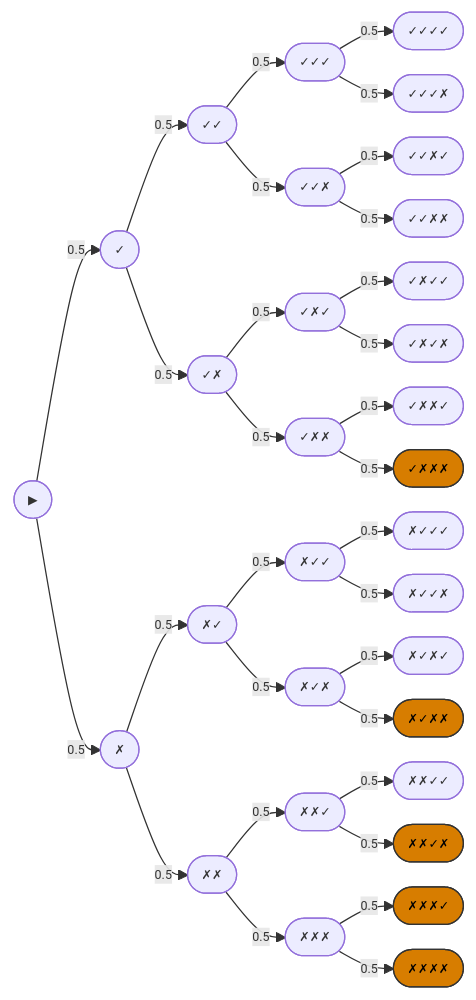
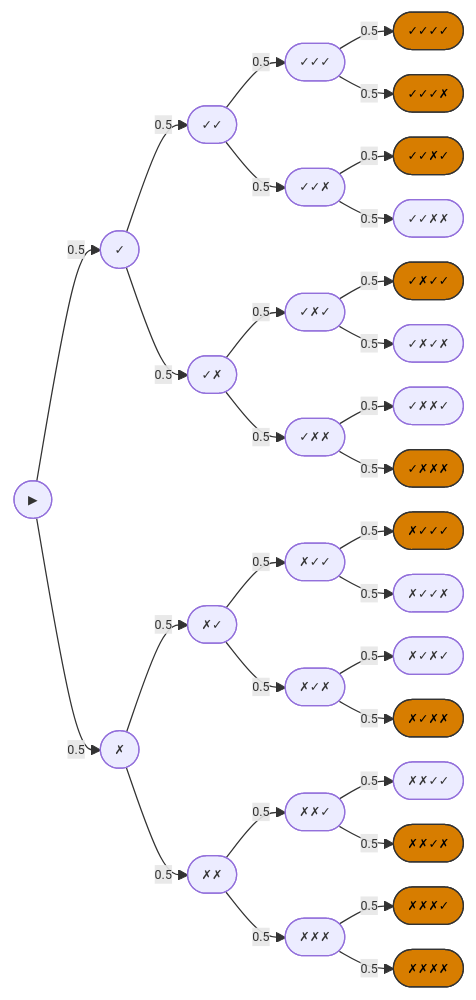
Before and after one commit to sammerk/CheatSheet: the diagram in Inferenzstatistik.qmd, drawn with Mermaid. The commit also changed other lines of this file and 19 other files, not shown here.

````diff
--- a/Inferenzstatistik.qmd
+++ b/Inferenzstatistik.qmd
@@ -78,55 +78,55 @@
 ```{mermaid}
 %%{init: {
   "flowchart": {
     "nodeSpacing": 20,
     "rankSpacing": 25
   },
   "themeVariables": {
     "fontSize": "10px"
   }
 }}%%
 
 flowchart LR
   A([▶])
 
   A -->|0.5| B([✓])
   A -->|0.5| C([✗])
 
   B -->|0.5| D([✓✓])
   B -->|0.5| E([✓✗])
   C -->|0.5| F([✗✓])
   C -->|0.5| G([✗✗])
 
   D -->|0.5| H([✓✓✓])
   D -->|0.5| I([✓✓✗])
   E -->|0.5| J([✓✗✓])
   E -->|0.5| K([✓✗✗])
   F -->|0.5| L([✗✓✓])
   F -->|0.5| M([✗✓✗])
   G -->|0.5| N([✗✗✓])
   G -->|0.5| O([✗✗✗])
 
   H -->|0.5| P([✓✓✓✓])
   H -->|0.5| Q([✓✓✓✗])
   I -->|0.5| R([✓✓✗✓])
   I -->|0.5| S([✓✓✗✗])
   J -->|0.5| T([✓✗✓✓])
   J -->|0.5| U([✓✗✓✗])
   K -->|0.5| V([✓✗✗✓])
   K -->|0.5| W([✓✗✗✗])
   L -->|0.5| X([✗✓✓✓])
   L -->|0.5| Y([✗✓✓✗])
   M -->|0.5| Z([✗✓✗✓])
   M -->|0.5| AA([✗✓✗✗])
   N -->|0.5| AB([✗✗✓✓])
   N -->|0.5| AC([✗✗✓✗])
   O -->|0.5| AD([✗✗✗✓])
   O -->|0.5| AE([✗✗✗✗])
 
   %% Farbdefinition für mindestens drei ✗
   classDef manyNo fill:#d77d00,color:#000,stroke:#333;
 
-  class W,AA,AC,AD,AE manyNo
+  class P,Q,R,T,W,X,AA,AC,AD,AE manyNo
 
 
 ```
````
